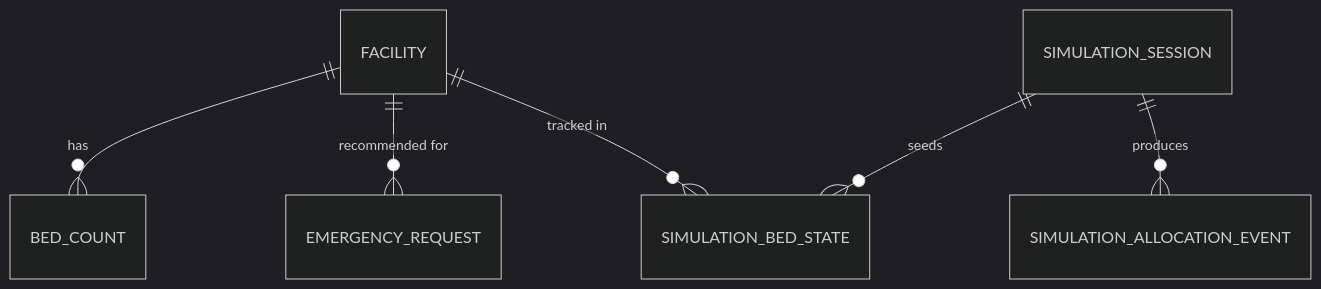
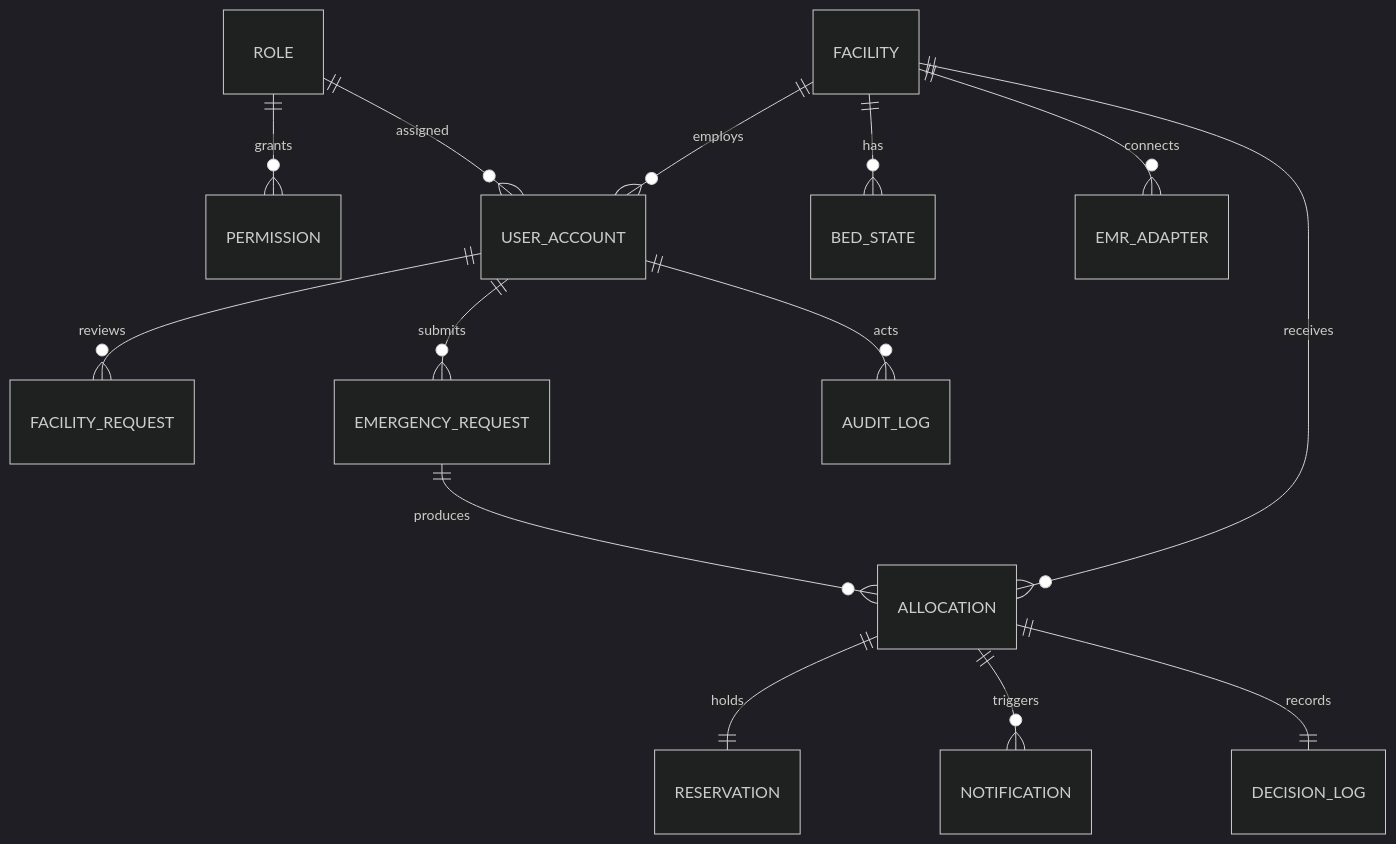
One commit to wisdomdzontoh/ebads changed the diagram in docs/02-data-model.md. Above: the diagram before and after it, drawn with Mermaid (dark theme). The commit also changed other lines of this file and 191 other files, not shown here.

````diff
--- a/docs/02-data-model.md
+++ b/docs/02-data-model.md
@@ -7,8 +7,16 @@
 ```mermaid
 erDiagram
-  FACILITY ||--o{ BED_COUNT : has
-  FACILITY ||--o{ EMERGENCY_REQUEST : "recommended for"
-  SIMULATION_SESSION ||--o{ SIMULATION_BED_STATE : seeds
-  SIMULATION_SESSION ||--o{ SIMULATION_ALLOCATION_EVENT : produces
-  FACILITY ||--o{ SIMULATION_BED_STATE : "tracked in"
+  ROLE ||--o{ PERMISSION : grants
+  ROLE ||--o{ USER_ACCOUNT : assigned
+  USER_ACCOUNT ||--o{ FACILITY_REQUEST : reviews
+  FACILITY ||--o{ USER_ACCOUNT : employs
+  FACILITY ||--o{ BED_STATE : has
+  FACILITY ||--o{ EMR_ADAPTER : connects
+  USER_ACCOUNT ||--o{ EMERGENCY_REQUEST : submits
+  EMERGENCY_REQUEST ||--o{ ALLOCATION : produces
+  FACILITY ||--o{ ALLOCATION : receives
+  ALLOCATION ||--|| RESERVATION : holds
+  ALLOCATION ||--o{ NOTIFICATION : triggers
+  ALLOCATION ||--|| DECISION_LOG : records
+  USER_ACCOUNT ||--o{ AUDIT_LOG : acts
 ```
````
